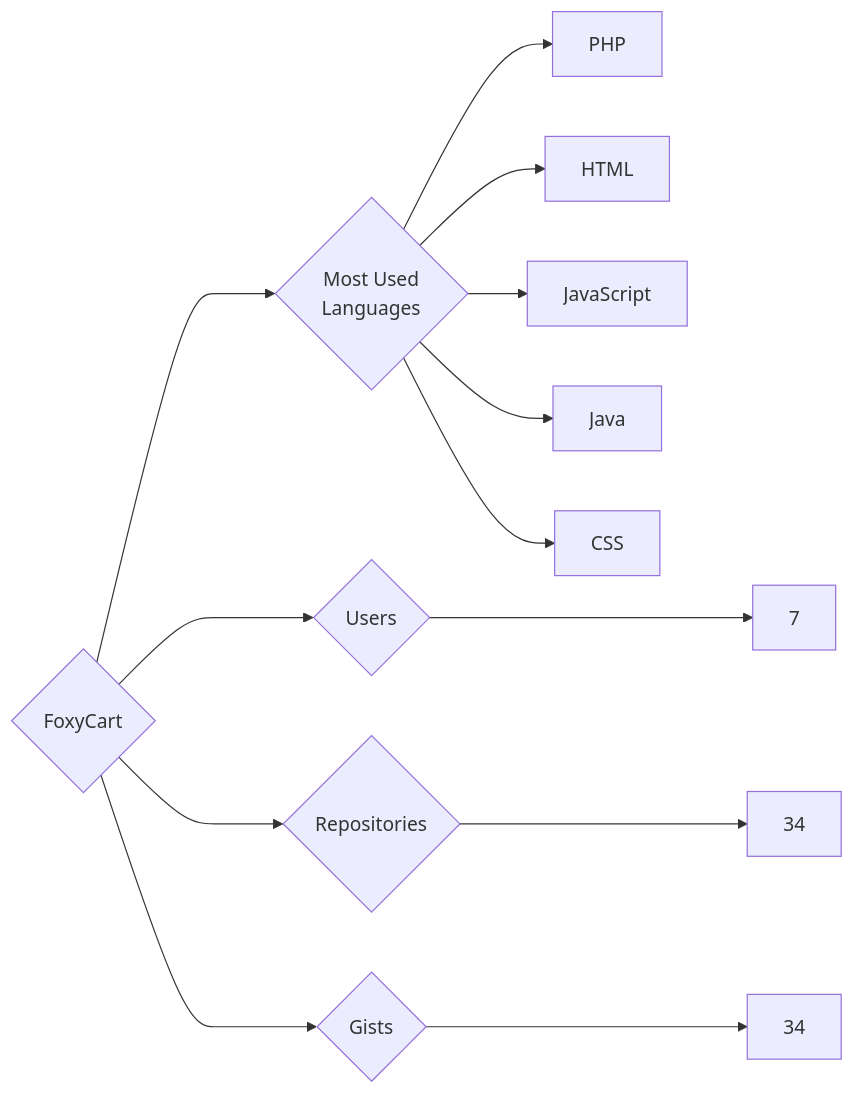
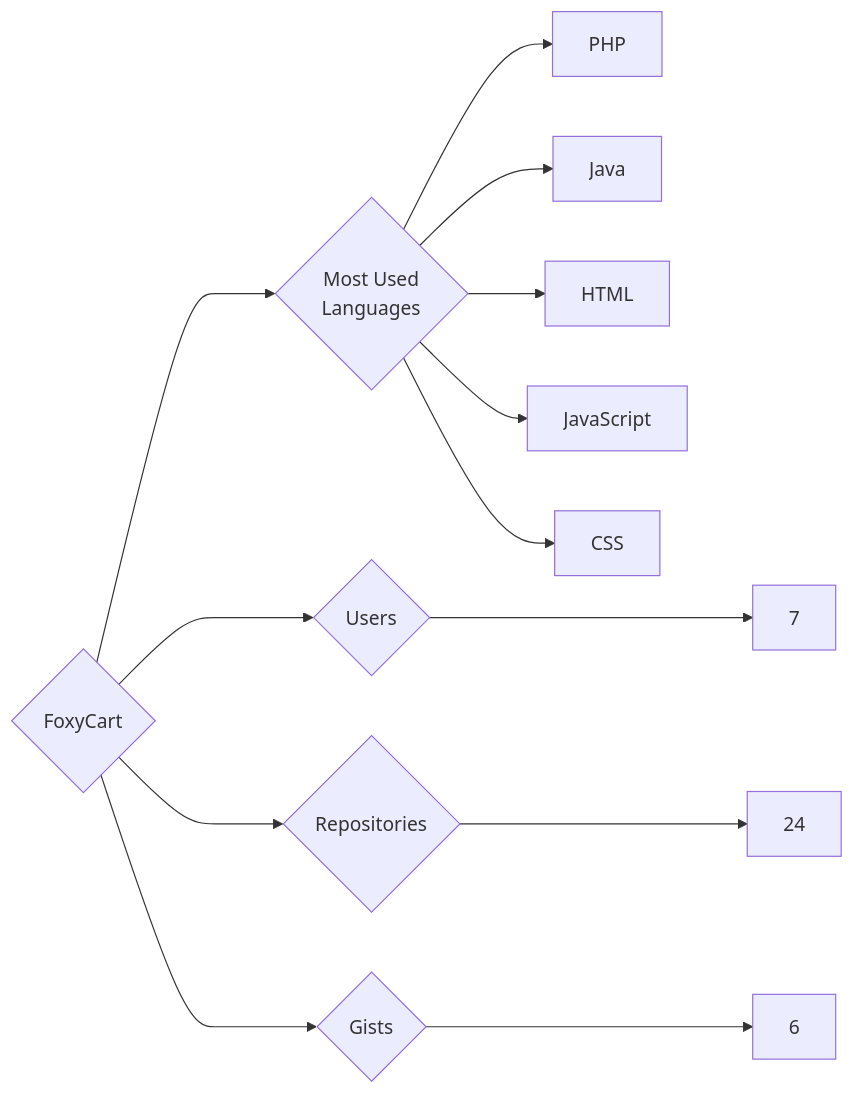
One commit to trickest/insiders changed the diagram in targets/FoxyCart/README.md. Above: the diagram before and after it, drawn with Mermaid. The commit also changed 1023 other files, not shown here.

````diff
--- a/targets/FoxyCart/README.md
+++ b/targets/FoxyCart/README.md
@@ -3,13 +3,13 @@
 ```mermaid
 graph LR
 COMPANY_NAME{FoxyCart}
 COMPANY_NAME ---> U{Users} ---> UN[7]
-COMPANY_NAME ---> R{Repositories} ---> RN[34]
-COMPANY_NAME ---> G{Gists} ---> GN[34]
+COMPANY_NAME ---> R{Repositories} ---> RN[24]
+COMPANY_NAME ---> G{Gists} ---> GN[6]
 COMPANY_NAME ---> ML{Most Used<br>Languages}
 ML --> PHP[PHP]
+ML --> Java[Java]
 ML --> HTML[HTML]
 ML --> JavaScript[JavaScript]
-ML --> Java[Java]
 ML --> CSS[CSS]
 ```
````
